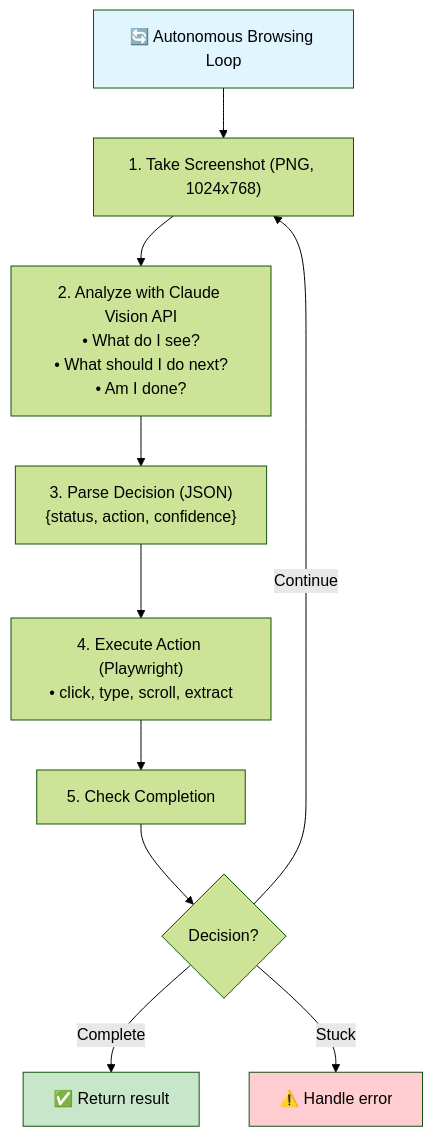
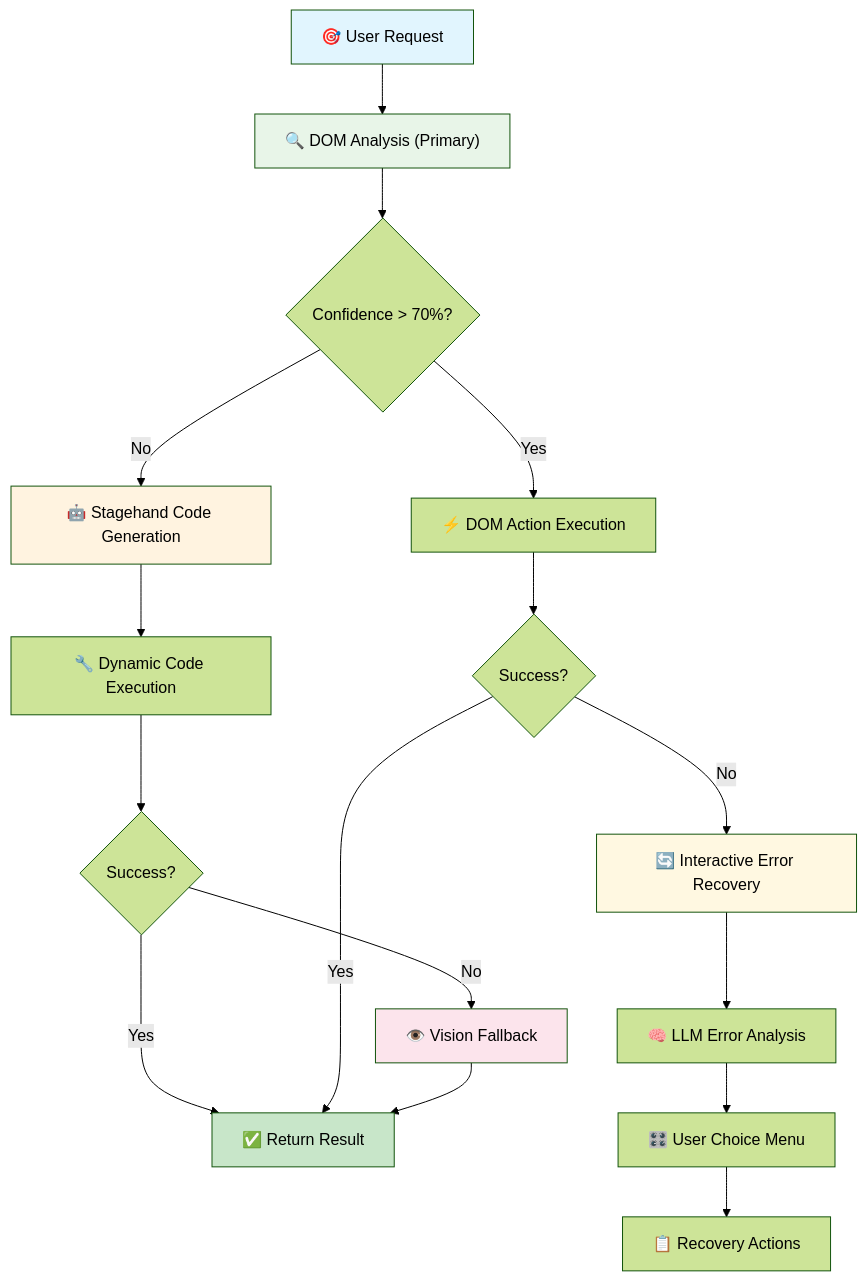
One commit to yiqiao-yin/wyn360-cli changed the diagram in docs/architecture/autonomous-browsing.md. Above: the diagram before and after it, drawn with Mermaid (forest theme). The commit also changed other lines of this file and 1 other file, not shown here.

First line of the commit message:
docs: Update browser automation documentation for DOM-first system (v0.3.68)

````diff
--- a/docs/architecture/autonomous-browsing.md
+++ b/docs/architecture/autonomous-browsing.md
@@ -20,16 +20,25 @@
 ```mermaid
 graph TD
-   A["🔄 Autonomous Browsing Loop"] --> B["1. Take Screenshot (PNG, 1024x768)"]
-   B --> C["2. Analyze with Claude Vision API<br/>• What do I see?<br/>• What should I do next?<br/>• Am I done?"]
-   C --> D["3. Parse Decision (JSON)<br/>{status, action, confidence}"]
-   D --> E["4. Execute Action (Playwright)<br/>• click, type, scroll, extract"]
-   E --> F["5. Check Completion"]
-   F --> G{Decision?}
-   G -->|Complete| H["✅ Return result"]
-   G -->|Continue| B
-   G -->|Stuck| I["⚠️ Handle error"]
+    A["🎯 User Request"] --> B["🔍 DOM Analysis (Primary)"]
+    B --> C{Confidence > 70%?}
+    C -->|Yes| D["⚡ DOM Action Execution"]
+    C -->|No| E["🤖 Stagehand Code Generation"]
+    E --> F["🔧 Dynamic Code Execution"]
+    F --> G{Success?}
+    G -->|Yes| H["✅ Return Result"]
+    G -->|No| I["👁️ Vision Fallback"]
+    D --> J{Success?}
+    J -->|Yes| H
+    J -->|No| K["🔄 Interactive Error Recovery"]
+    K --> L["🧠 LLM Error Analysis"]
+    L --> M["🎛️ User Choice Menu"]
+    M --> N["📋 Recovery Actions"]
+    I --> H
 
-   style A fill:#e1f5fe
-   style H fill:#c8e6c9
-   style I fill:#ffcdd2
+    style A fill:#e1f5fe
+    style B fill:#e8f5e8
+    style E fill:#fff3e0
+    style I fill:#fce4ec
+    style H fill:#c8e6c9
+    style K fill:#fff8e1
 ```
````
